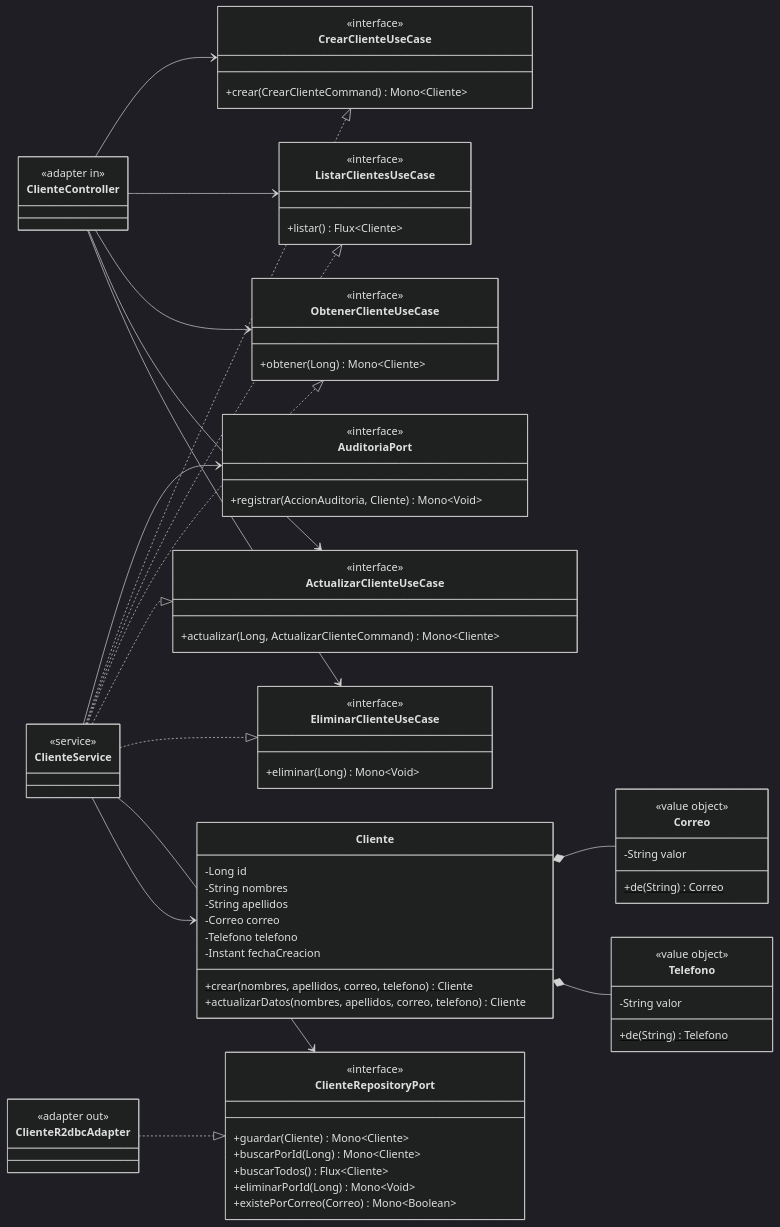
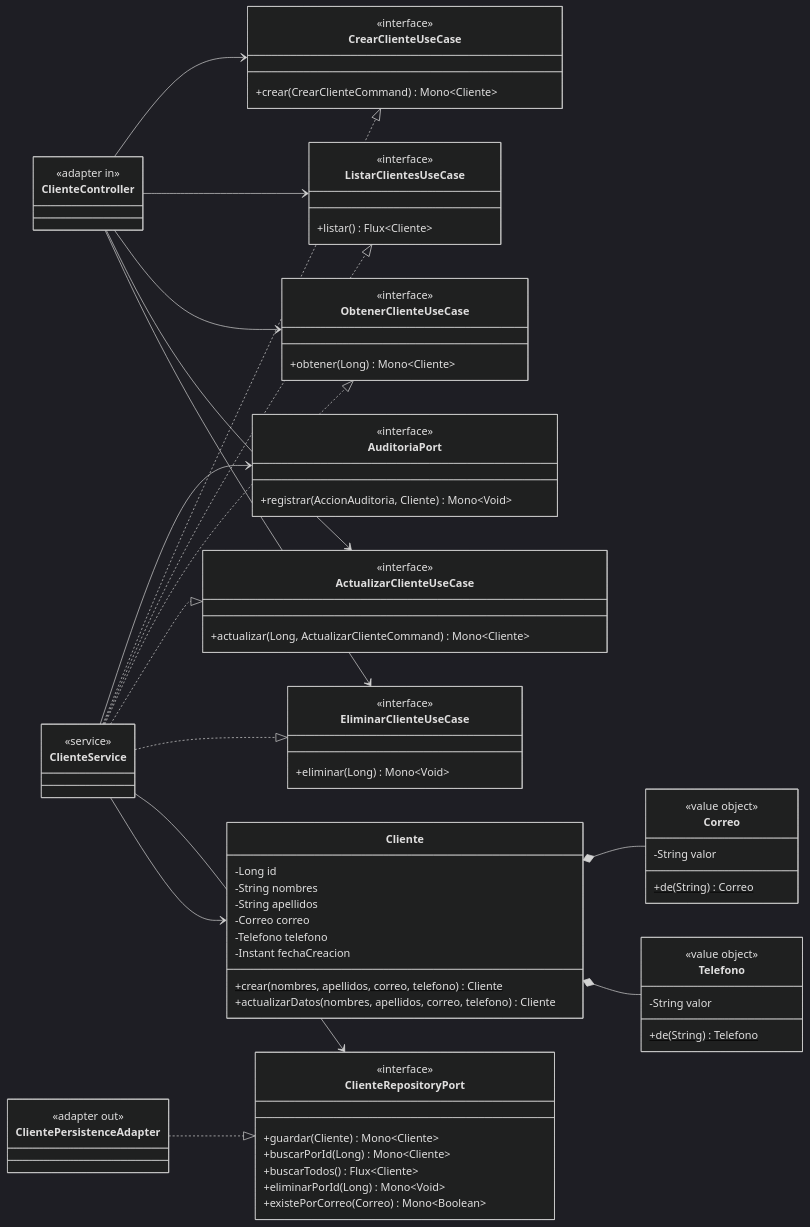
The fourth of 13 diagrams in README.md (edzamo/ec-eykcorp), drawn with Mermaid (dark theme) before and after one commit. The commit also changed other lines of this file and 25 other files, not shown here.

````diff
--- a/README.md
+++ b/README.md
@@ -381,8 +380,8 @@
     ClienteController --> ActualizarClienteUseCase
     ClienteController --> EliminarClienteUseCase
 
-    class ClienteR2dbcAdapter {
+    class ClientePersistenceAdapter {
         <<adapter out>>
     }
-    ClienteR2dbcAdapter ..|> ClienteRepositoryPort
+    ClientePersistenceAdapter ..|> ClienteRepositoryPort
 ```
````
